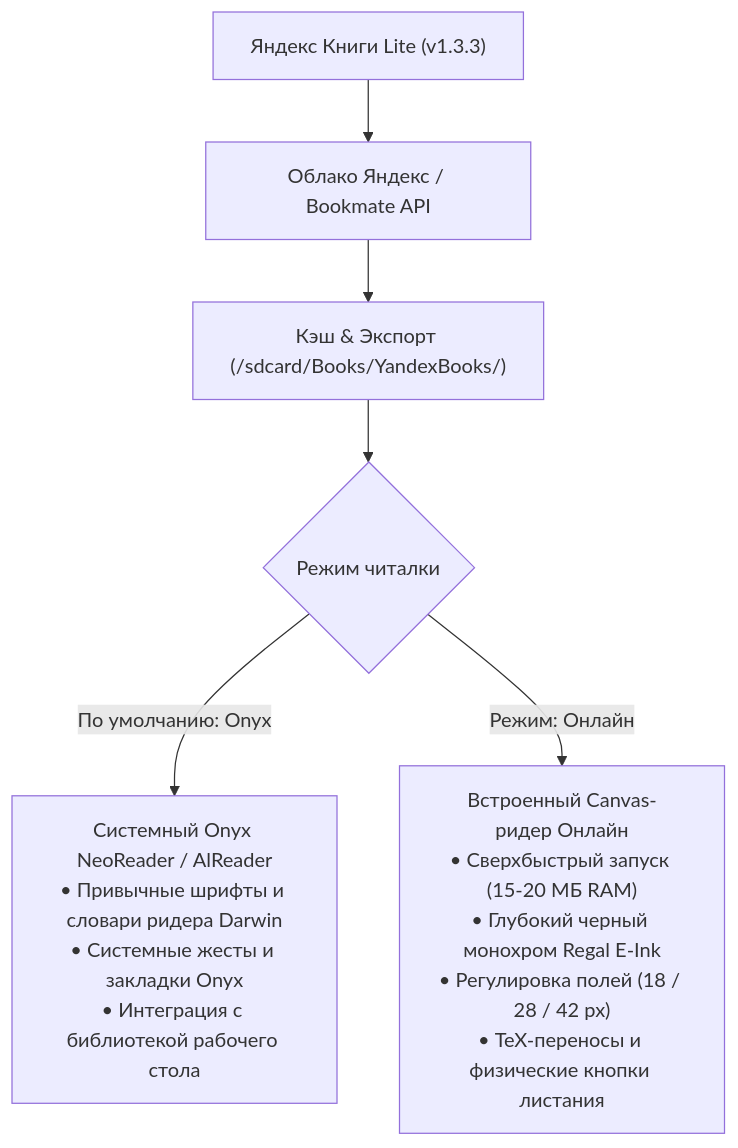
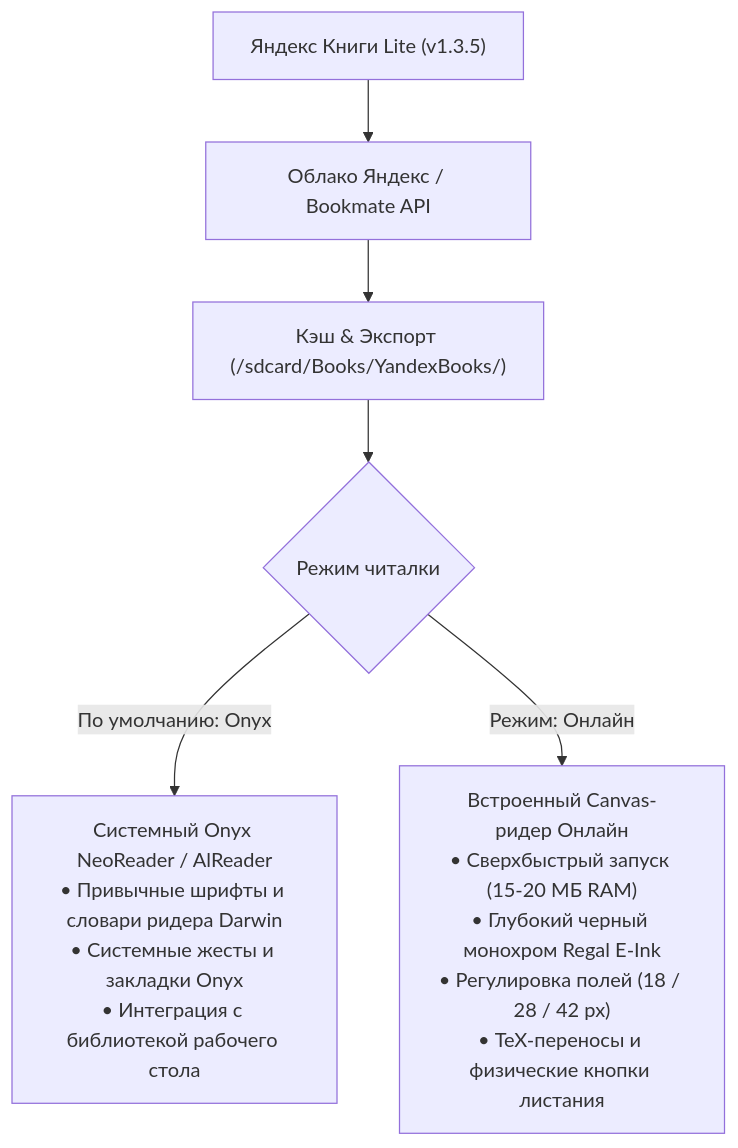
Before and after one commit to litvaerickson-spec/onyx-yandex-books: the diagram in README.md, drawn with Mermaid. The commit also changed other lines of this file and 16 other files, not shown here.

````diff
--- a/README.md
+++ b/README.md
@@ -55,10 +56,10 @@
 ```mermaid
 flowchart TD
-    App["Яндекс Книги Lite (v1.3.3)"] --> Cloud["Облако Яндекс / Bookmate API"]
+    App["Яндекс Книги Lite (v1.3.5)"] --> Cloud["Облако Яндекс / Bookmate API"]
     Cloud --> Cache["Кэш & Экспорт (/sdcard/Books/YandexBooks/)"]
     Cache --> ModeSelect{"Режим читалки"}
     
     ModeSelect -->|По умолчанию: Onyx| OnyxReader["Системный Onyx NeoReader / AlReader<br/>• Привычные шрифты и словари ридера Darwin<br/>• Системные жесты и закладки Onyx<br/>• Интеграция с библиотекой рабочего стола"]
     
     ModeSelect -->|Режим: Онлайн| OnlineReader["Встроенный Canvas-ридер Онлайн<br/>• Сверхбыстрый запуск (15-20 МБ RAM)<br/>• Глубокий черный монохром Regal E-Ink<br/>• Регулировка полей (18 / 28 / 42 px)<br/>• TeX-переносы и физические кнопки листания"]
 ```
````
